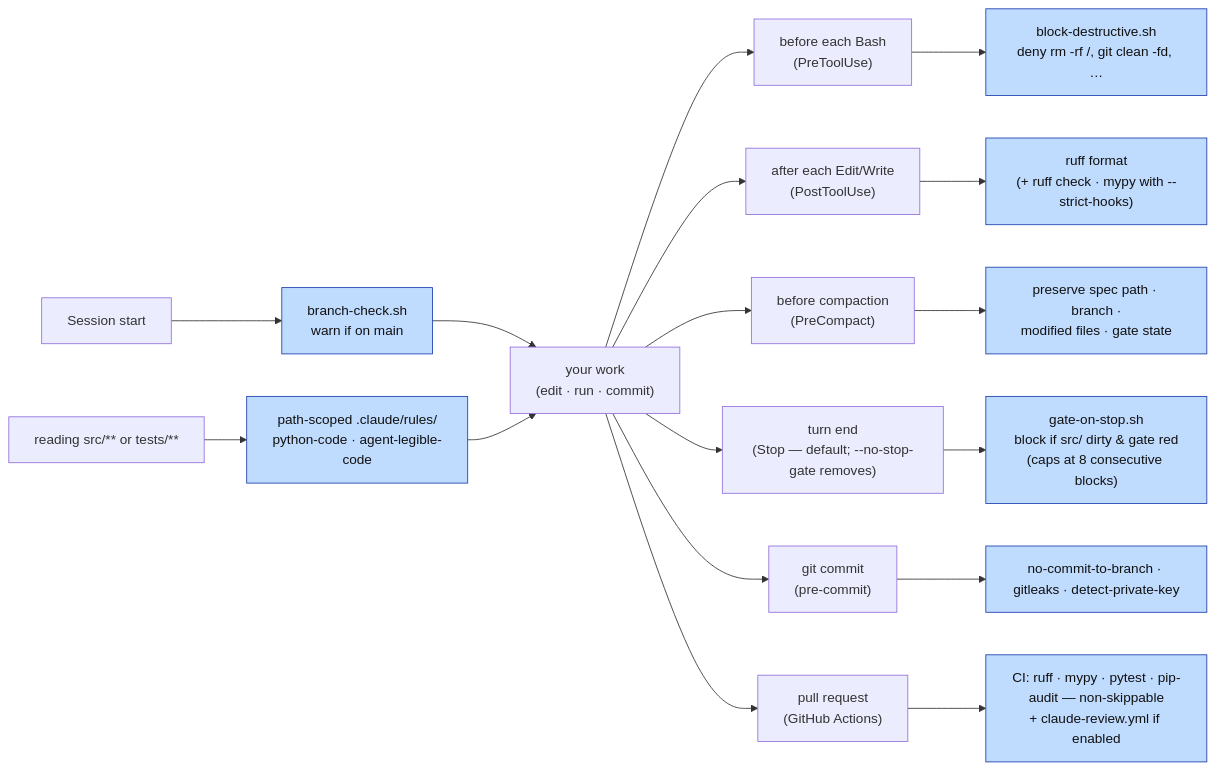
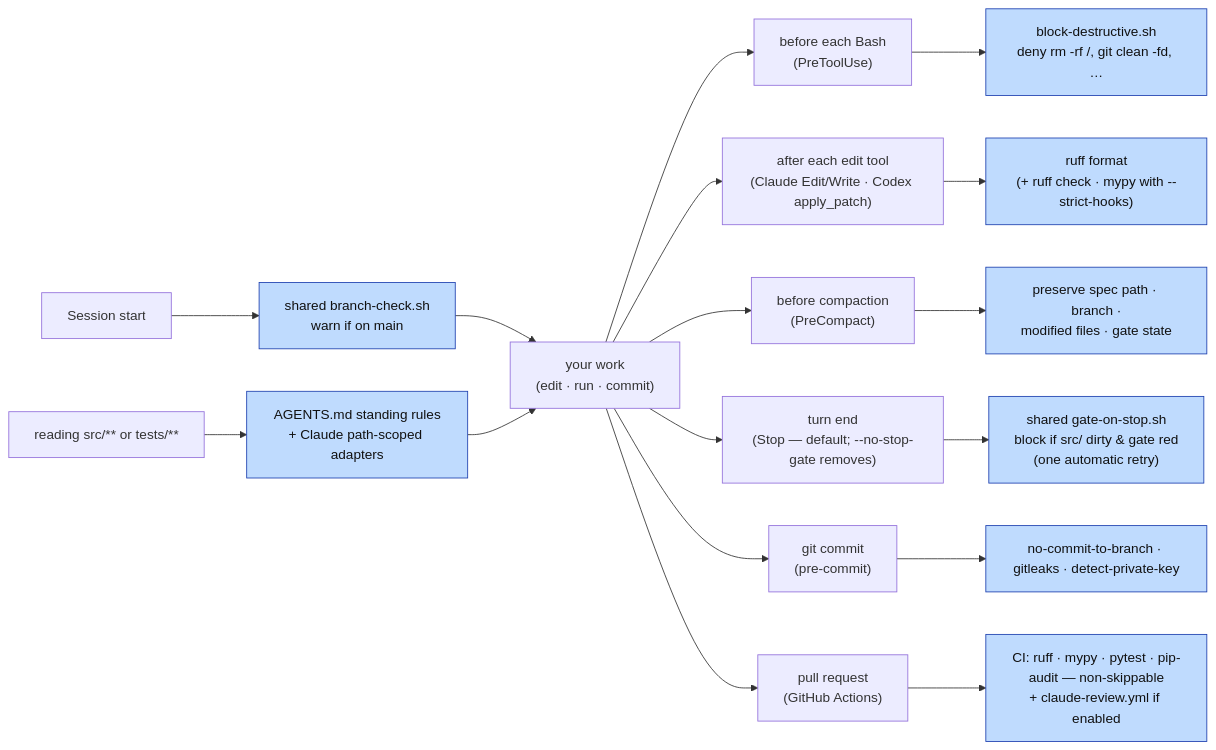
One commit to bbirkinbine/agentic-scaffold changed the fourth of 6 diagrams in python/docs/workflow-diagram.md. Above: the diagram before and after it, drawn with Mermaid. The commit also changed other lines of this file and 134 other files, not shown here.

First line of the commit message:
Make the scaffold portable across Claude Code and Codex (#13)

````diff
--- a/python/docs/workflow-diagram.md
+++ b/python/docs/workflow-diagram.md
@@ -176,15 +178,15 @@
 ```mermaid
 flowchart LR
     W["your work<br/>(edit · run · commit)"]
-    SS["Session start"] --> SSb["branch-check.sh<br/>warn if on main"] --> W
-    RL["reading src/** or tests/**"] --> RLb["path-scoped .claude/rules/<br/>python-code · agent-legible-code"] --> W
+    SS["Session start"] --> SSb["shared branch-check.sh<br/>warn if on main"] --> W
+    RL["reading src/** or tests/**"] --> RLb["AGENTS.md standing rules<br/>+ Claude path-scoped adapters"] --> W
     W --> PRE["before each Bash<br/>(PreToolUse)"] --> PREb["block-destructive.sh<br/>deny rm -rf /, git clean -fd, …"]
-    W --> POST["after each Edit/Write<br/>(PostToolUse)"] --> POSTb["ruff format<br/>(+ ruff check · mypy with --strict-hooks)"]
+    W --> POST["after each edit tool<br/>(Claude Edit/Write · Codex apply_patch)"] --> POSTb["ruff format<br/>(+ ruff check · mypy with --strict-hooks)"]
     W --> CMP["before compaction<br/>(PreCompact)"] --> CMPb["preserve spec path · branch ·<br/>modified files · gate state"]
-    W --> STOP["turn end<br/>(Stop — default; --no-stop-gate removes)"] --> STOPb["gate-on-stop.sh<br/>block if src/ dirty & gate red<br/>(caps at 8 consecutive blocks)"]
+    W --> STOP["turn end<br/>(Stop — default; --no-stop-gate removes)"] --> STOPb["shared gate-on-stop.sh<br/>block if src/ dirty & gate red<br/>(one automatic retry)"]
     W --> PC["git commit<br/>(pre-commit)"] --> PCb["no-commit-to-branch · gitleaks · detect-private-key"]
     W --> CIp["pull request<br/>(GitHub Actions)"] --> CIb["CI: ruff · mypy · pytest · pip-audit — non-skippable<br/>+ claude-review.yml if enabled"]
 
     classDef auto fill:#bfdbfe,stroke:#1e40af,color:#111;
     class SSb,RLb,PREb,POSTb,CMPb,STOPb,PCb,CIb auto;
 ```
````
